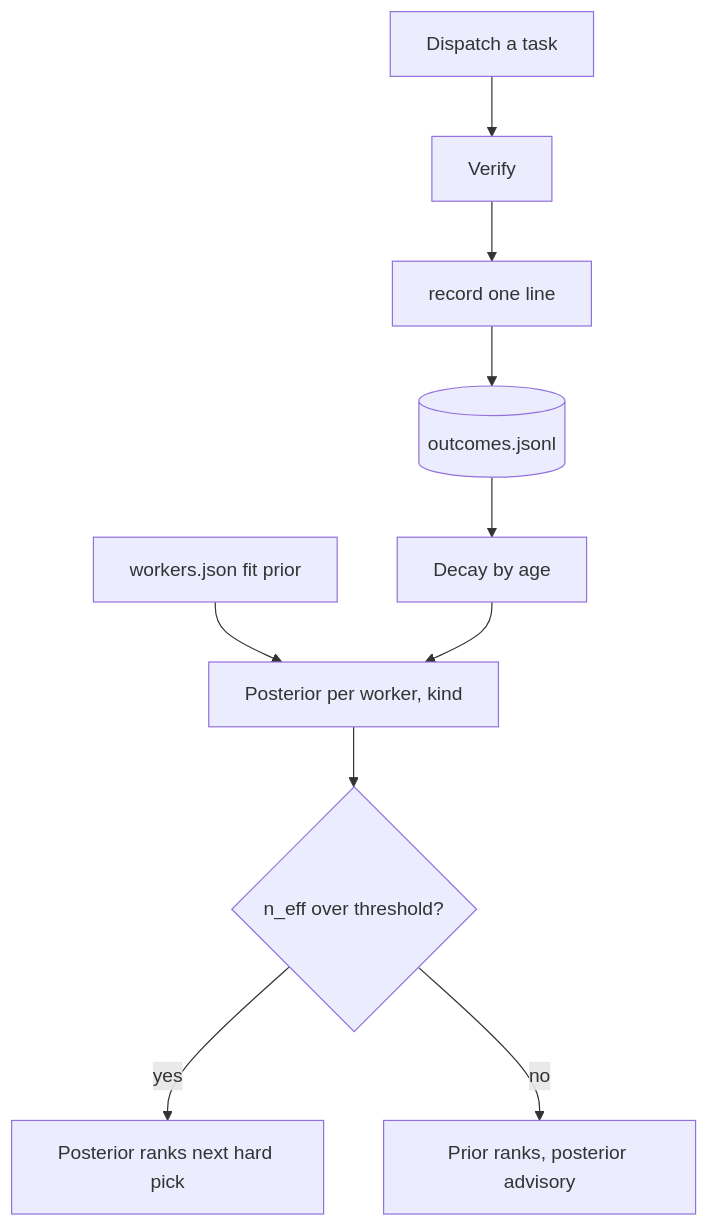
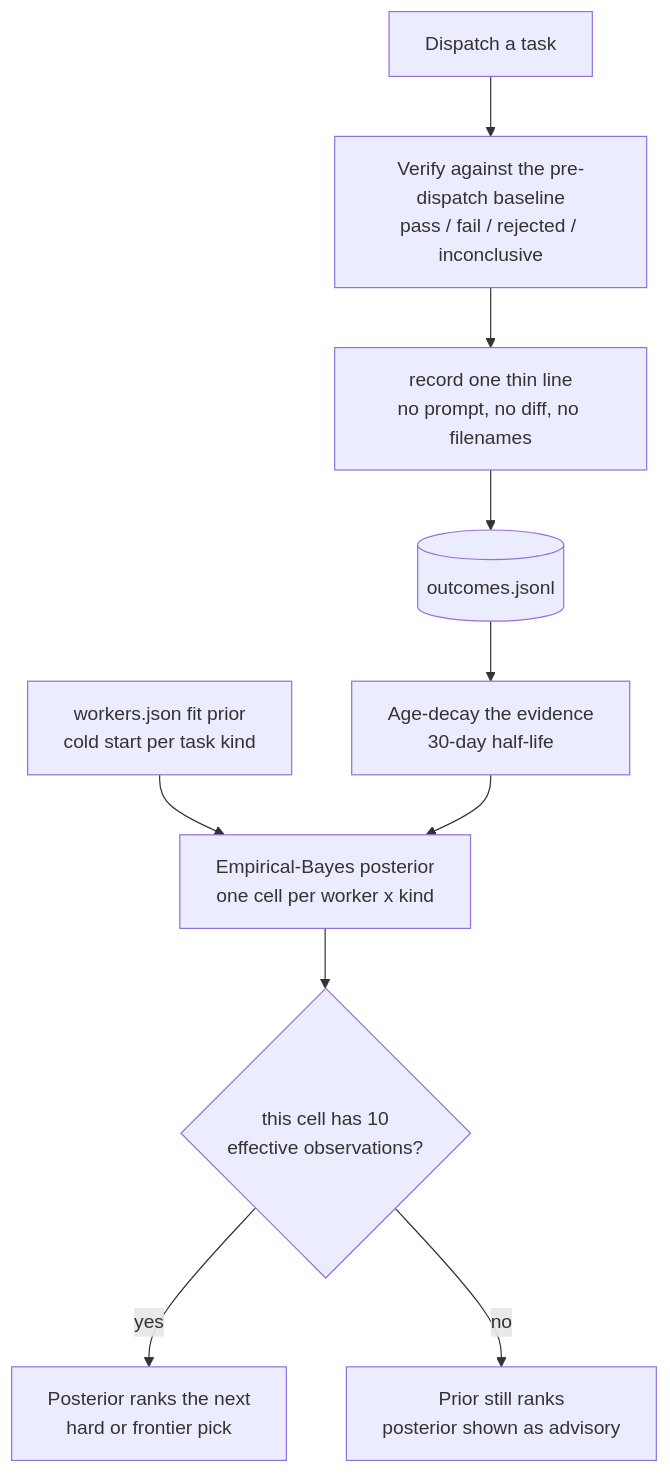
One commit to m-esm/smart-subagents changed the diagram in docs/ROUTING.md. Above: the diagram before and after it, drawn with Mermaid. The commit also changed 3 other files, not shown here.

Commit message:
Make mermaid charts name the rule, not just the box

````diff
--- a/docs/ROUTING.md
+++ b/docs/ROUTING.md
@@ -160,12 +160,12 @@
 ```mermaid
 flowchart TB
-    DISP[Dispatch a task] --> VERIFY[Verify]
-    VERIFY --> REC[record one line]
-    REC --> LOG[(outcomes.jsonl)]
-    LOG --> DECAY[Decay by age]
-    PRIOR[workers.json fit prior] --> POST[Posterior per worker, kind]
+    DISP["Dispatch a task"] --> VERIFY["Verify against the pre-dispatch baseline<br/>pass / fail / rejected / inconclusive"]
+    VERIFY --> REC["record one thin line<br/>no prompt, no diff, no filenames"]
+    REC --> LOG[("outcomes.jsonl")]
+    LOG --> DECAY["Age-decay the evidence<br/>30-day half-life"]
+    PRIOR["workers.json fit prior<br/>cold start per task kind"] --> POST["Empirical-Bayes posterior<br/>one cell per worker x kind"]
     DECAY --> POST
-    POST --> GATE{n_eff over threshold?}
-    GATE -->|yes| USE[Posterior ranks next hard pick]
-    GATE -->|no| ADV[Prior ranks, posterior advisory]
+    POST --> GATE{"this cell has 10<br/>effective observations?"}
+    GATE -->|yes| USE["Posterior ranks the next<br/>hard or frontier pick"]
+    GATE -->|no| ADV["Prior still ranks<br/>posterior shown as advisory"]
 ```
````
